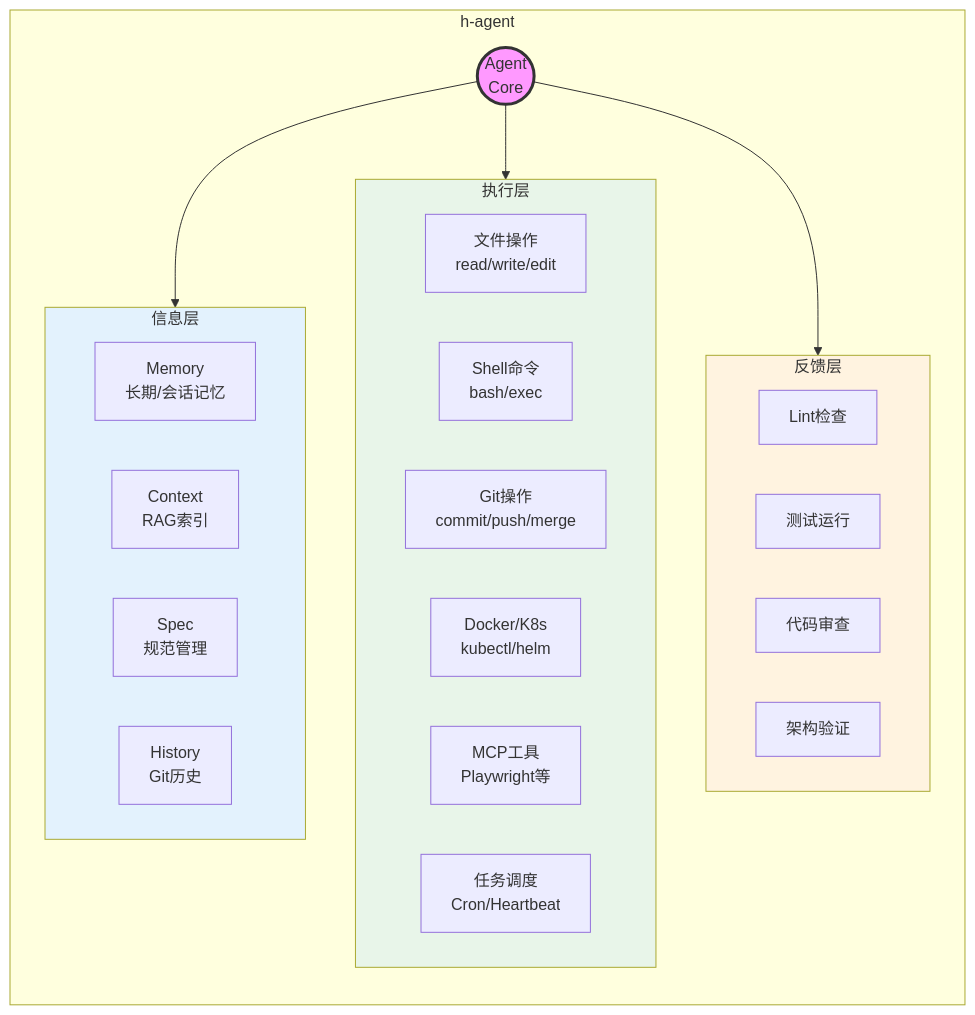
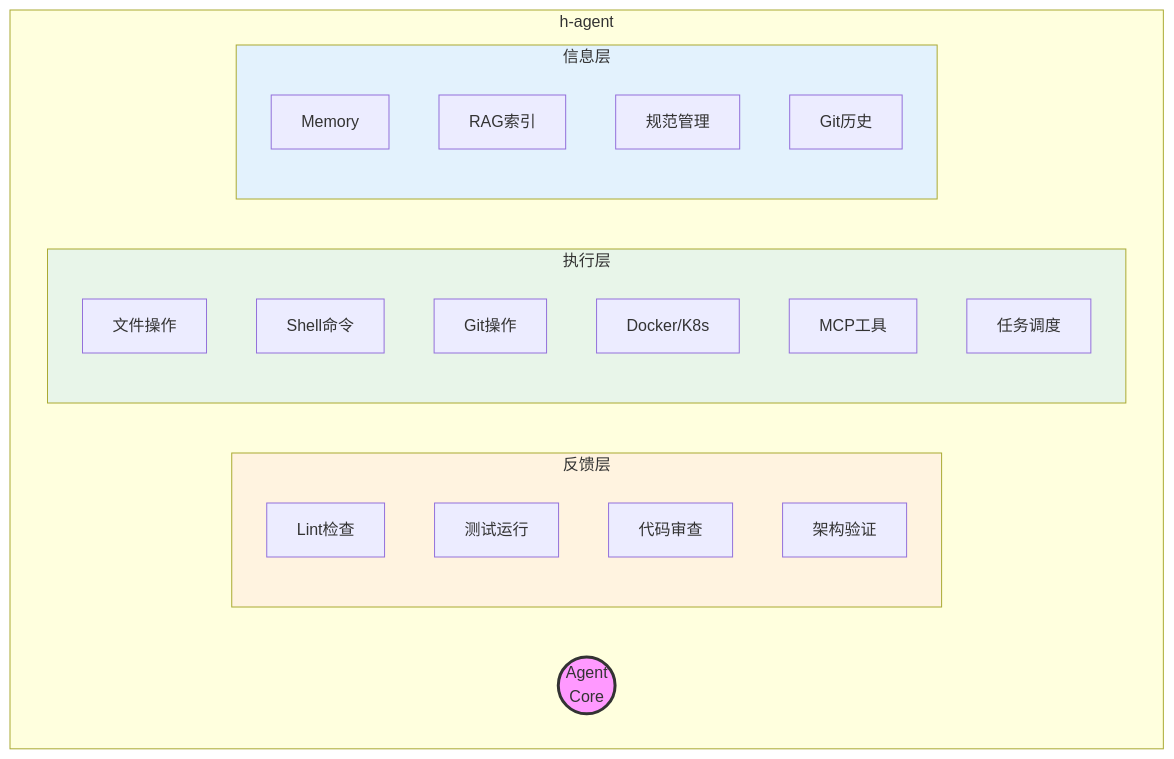
One commit to yves960/articles changed the sixth of 7 diagrams in articles/ai-assisted-dev-toolmap.md. Above: the diagram before and after it, drawn with Mermaid. The commit also changed other lines of this file, not shown here.

````diff
--- a/articles/ai-assisted-dev-toolmap.md
+++ b/articles/ai-assisted-dev-toolmap.md
@@ -489,40 +463,34 @@
 ```mermaid
 graph TB
     subgraph hagent["h-agent"]
-        direction TB
-        
         subgraph hFeedback["反馈层"]
             hF1[Lint检查]
             hF2[测试运行]
             hF3[代码审查]
             hF4[架构验证]
         end
         
         subgraph hExecution["执行层"]
-            hE1[文件操作<br/>read/write/edit]
-            hE2[Shell命令<br/>bash/exec]
-            hE3[Git操作<br/>commit/push/merge]
-            hE4[Docker/K8s<br/>kubectl/helm]
-            hE5[MCP工具<br/>Playwright等]
-            hE6[任务调度<br/>Cron/Heartbeat]
+            hE1[文件操作]
+            hE2[Shell命令]
+            hE3[Git操作]
+            hE4[Docker/K8s]
+            hE5[MCP工具]
+            hE6[任务调度]
         end
         
         subgraph hInformation["信息层"]
-            hI1[Memory<br/>长期/会话记忆]
-            hI2[Context<br/>RAG索引]
-            hI3[Spec<br/>规范管理]
-            hI4[History<br/>Git历史]
+            hI1[Memory]
+            hI2[RAG索引]
+            hI3[规范管理]
+            hI4[Git历史]
         end
         
         hCore((Agent<br/>Core))
-        
-        hCore --> hInformation
-        hCore --> hExecution
-        hCore --> hFeedback
     end
     
     style hCore fill:#f9f,stroke:#333,stroke-width:3px
     style hInformation fill:#e3f2fd
     style hExecution fill:#e8f5e9
     style hFeedback fill:#fff3e0
 ```
````
